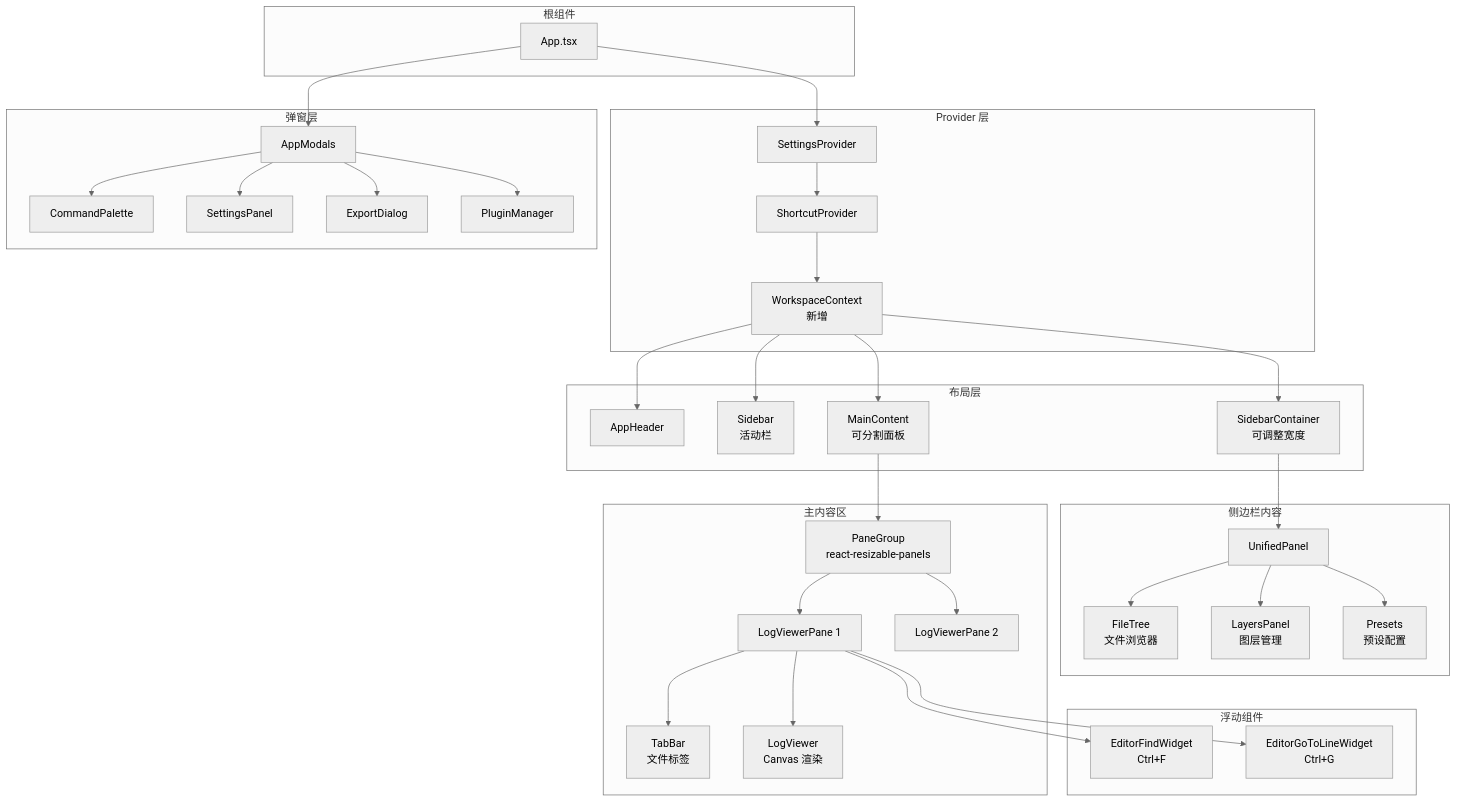
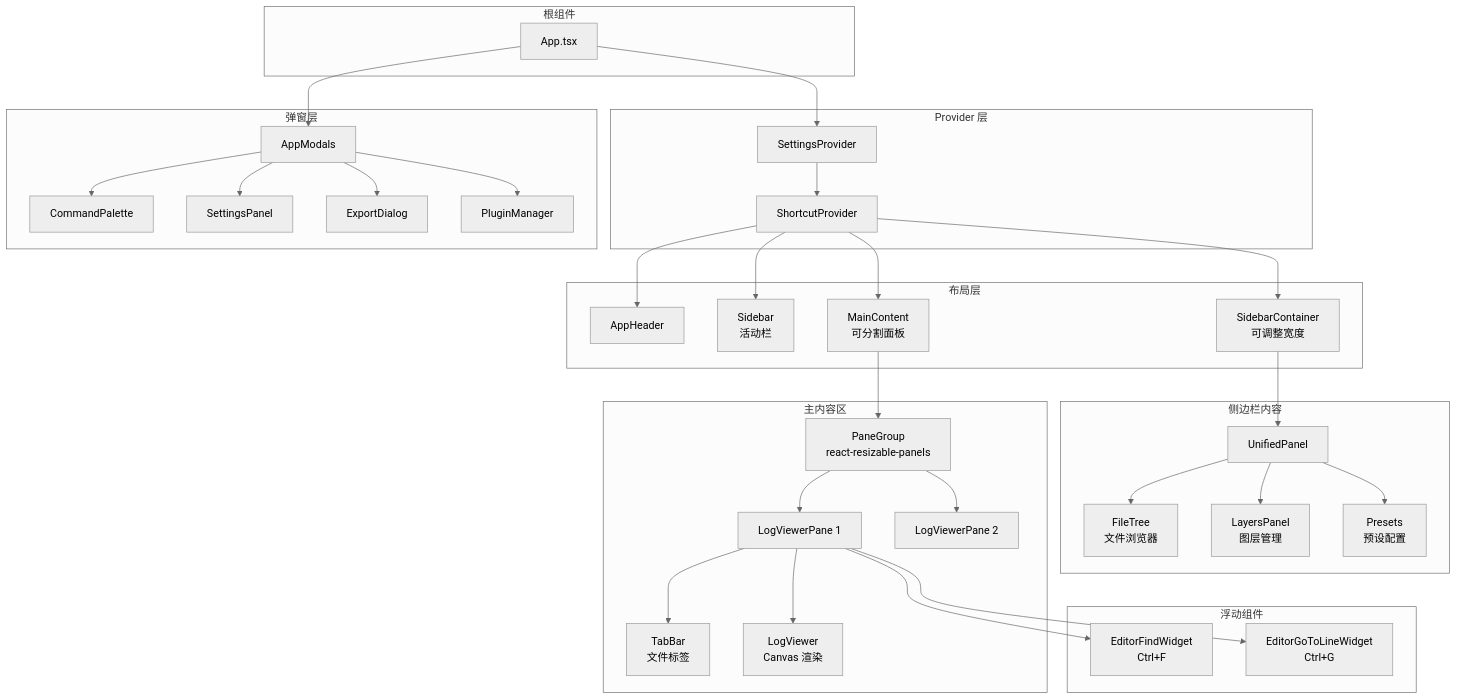
One commit to qmjianda/loglayer changed the eighth of 25 diagrams in megatron_mermaid.md. Above: the diagram before and after it, drawn with Mermaid (neutral theme). The commit also changed other lines of this file, not shown here.

First line of the commit message:
docs: 修正 megatron_mermaid.md 文档与代码不一致之处

````diff
--- a/megatron_mermaid.md
+++ b/megatron_mermaid.md
@@ -490,75 +497,73 @@
 ```mermaid
 graph TB
     subgraph "根组件"
         APP[App.tsx]
     end
     
     subgraph "Provider 层"
         SETTINGS[SettingsProvider]
         SHORTCUTS[ShortcutProvider]
-        WORKSPACE[WorkspaceContext<br/>新增]
     end
     
     subgraph "布局层"
         HEADER[AppHeader]
         SIDEBAR[Sidebar<br/>活动栏]
         SIDEBAR_PANEL[SidebarContainer<br/>可调整宽度]
         MAIN[MainContent<br/>可分割面板]
     end
     
     subgraph "侧边栏内容"
         UNIFIED[UnifiedPanel]
         FILE_TREE[FileTree<br/>文件浏览器]
         LAYERS_PANEL[LayersPanel<br/>图层管理]
         PRESETS[Presets<br/>预设配置]
     end
     
     subgraph "主内容区"
         PANE_GROUP[PaneGroup<br/>react-resizable-panels]
         PANE1[LogViewerPane 1]
         PANE2[LogViewerPane 2]
         TABBAR[TabBar<br/>文件标签]
         LOGVIEWER[LogViewer<br/>Canvas 渲染]
     end
     
     subgraph "浮动组件"
         FIND[EditorFindWidget<br/>Ctrl+F]
         GOTOLINE[EditorGoToLineWidget<br/>Ctrl+G]
     end
     
     subgraph "弹窗层"
         MODALS[AppModals]
         CMD_PALETTE[CommandPalette]
         SETTINGS_PANEL[SettingsPanel]
         EXPORT[ExportDialog]
         PLUGIN[PluginManager]
     end
     
     APP --> SETTINGS
     SETTINGS --> SHORTCUTS
-    SHORTCUTS --> WORKSPACE
-    WORKSPACE --> HEADER
-    WORKSPACE --> SIDEBAR
-    WORKSPACE --> SIDEBAR_PANEL
-    WORKSPACE --> MAIN
+    SHORTCUTS --> HEADER
+    SHORTCUTS --> SIDEBAR
+    SHORTCUTS --> SIDEBAR_PANEL
+    SHORTCUTS --> MAIN
     
     SIDEBAR_PANEL --> UNIFIED
     UNIFIED --> FILE_TREE
     UNIFIED --> LAYERS_PANEL
     UNIFIED --> PRESETS
     
     MAIN --> PANE_GROUP
     PANE_GROUP --> PANE1
     PANE_GROUP --> PANE2
     
     PANE1 --> TABBAR
     PANE1 --> LOGVIEWER
     PANE1 --> FIND
     PANE1 --> GOTOLINE
     
     APP --> MODALS
     MODALS --> CMD_PALETTE
     MODALS --> SETTINGS_PANEL
     MODALS --> EXPORT
     MODALS --> PLUGIN
 ```
````
